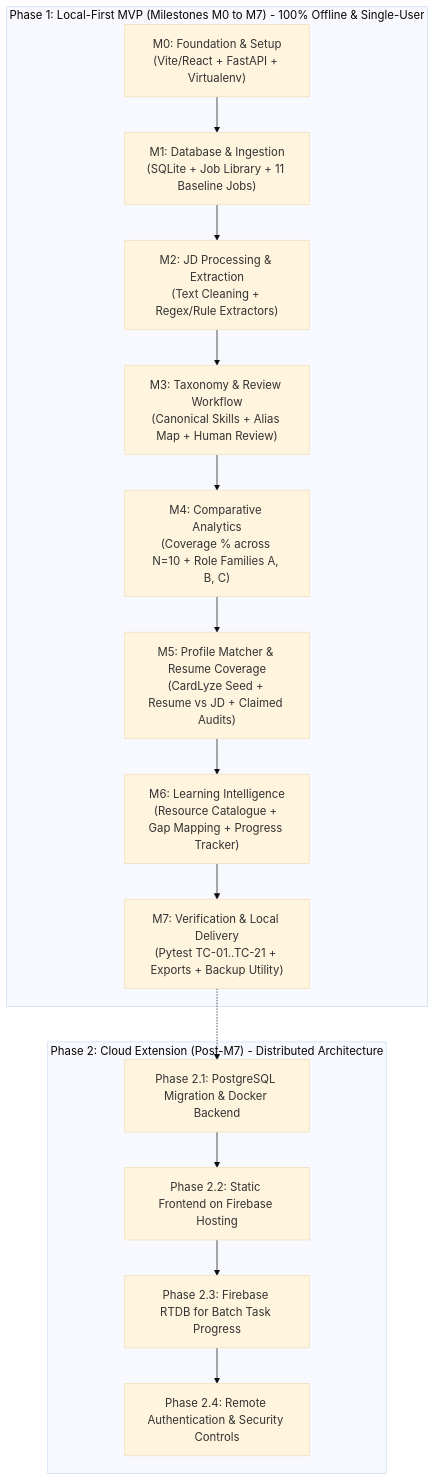
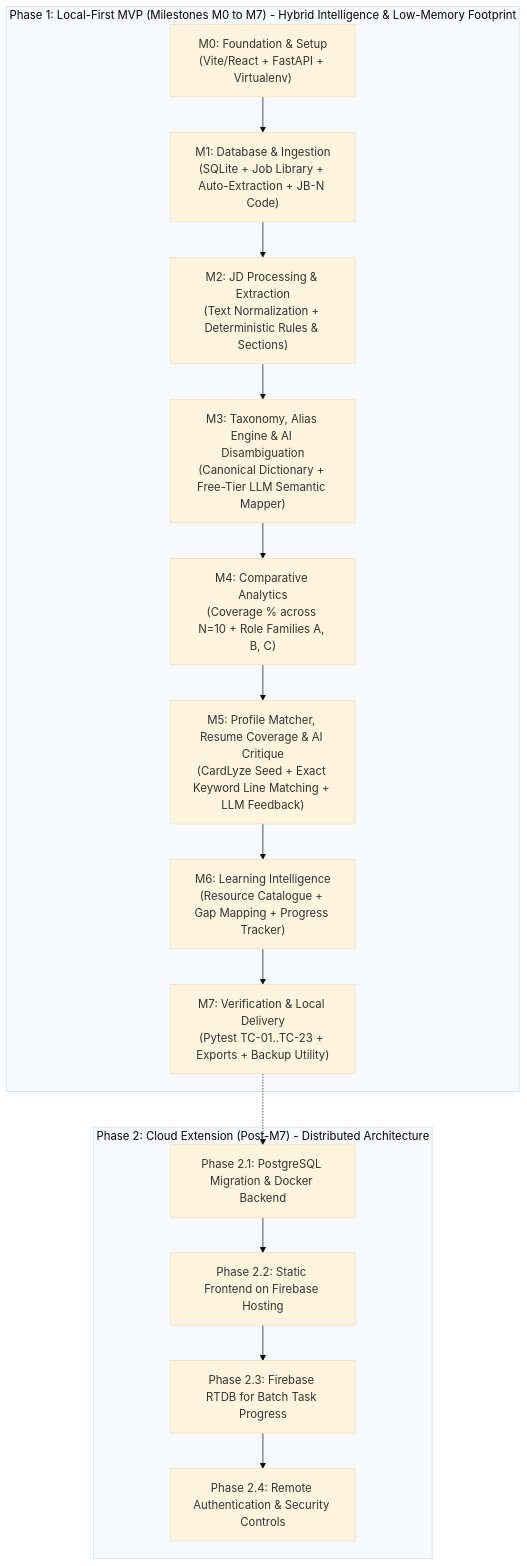
Before and after one commit to myself-moons/JP_Morgan_Career_Intelligence: the diagram in phases.md, drawn with Mermaid (base theme). The commit also changed other lines of this file and 4 other files, not shown here.

Commit message:
docs: introduce Hybrid Intelligence architecture for low-spec hardware (Option 2 cloud LLM adapter for M3 & M5)

````diff
--- a/phases.md
+++ b/phases.md
@@ -11,19 +11,19 @@
 ```mermaid
 flowchart TD
-    subgraph Phase1["Phase 1: Local-First MVP (Milestones M0 to M7) - 100% Offline & Single-User"]
-        M0["M0: Foundation & Setup<br>(Vite/React + FastAPI + Virtualenv)"] --> M1["M1: Database & Ingestion<br>(SQLite + Job Library + 11 Baseline Jobs)"]
-        M1 --> M2["M2: JD Processing & Extraction<br>(Text Cleaning + Regex/Rule Extractors)"]
-        M2 --> M3["M3: Taxonomy & Review Workflow<br>(Canonical Skills + Alias Map + Human Review)"]
+    subgraph Phase1["Phase 1: Local-First MVP (Milestones M0 to M7) - Hybrid Intelligence & Low-Memory Footprint"]
+        M0["M0: Foundation & Setup<br>(Vite/React + FastAPI + Virtualenv)"] --> M1["M1: Database & Ingestion<br>(SQLite + Job Library + Auto-Extraction + JB-N Code)"]
+        M1 --> M2["M2: JD Processing & Extraction<br>(Text Normalization + Deterministic Rules & Sections)"]
+        M2 --> M3["M3: Taxonomy, Alias Engine & AI Disambiguation<br>(Canonical Dictionary + Free-Tier LLM Semantic Mapper)"]
         M3 --> M4["M4: Comparative Analytics<br>(Coverage % across N=10 + Role Families A, B, C)"]
-        M4 --> M5["M5: Profile Matcher & Resume Coverage<br>(CardLyze Seed + Resume vs JD + Claimed Audits)"]
+        M4 --> M5["M5: Profile Matcher, Resume Coverage & AI Critique<br>(CardLyze Seed + Exact Keyword Line Matching + LLM Feedback)"]
         M5 --> M6["M6: Learning Intelligence<br>(Resource Catalogue + Gap Mapping + Progress Tracker)"]
-        M6 --> M7["M7: Verification & Local Delivery<br>(Pytest TC-01..TC-21 + Exports + Backup Utility)"]
+        M6 --> M7["M7: Verification & Local Delivery<br>(Pytest TC-01..TC-23 + Exports + Backup Utility)"]
     end
 
     subgraph Phase2["Phase 2: Cloud Extension (Post-M7) - Distributed Architecture"]
         M7 -.-> P2_1["Phase 2.1: PostgreSQL Migration & Docker Backend"]
         P2_1 --> P2_2["Phase 2.2: Static Frontend on Firebase Hosting"]
         P2_2 --> P2_3["Phase 2.3: Firebase RTDB for Batch Task Progress"]
         P2_3 --> P2_4["Phase 2.4: Remote Authentication & Security Controls"]
     end
 ```
````
